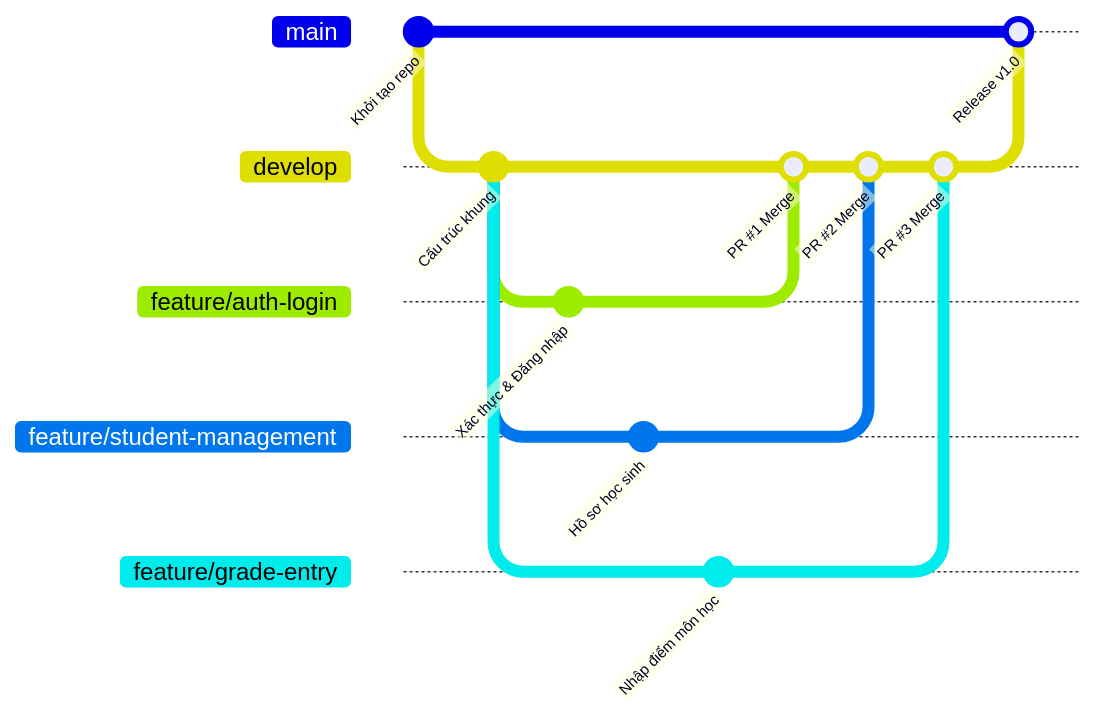
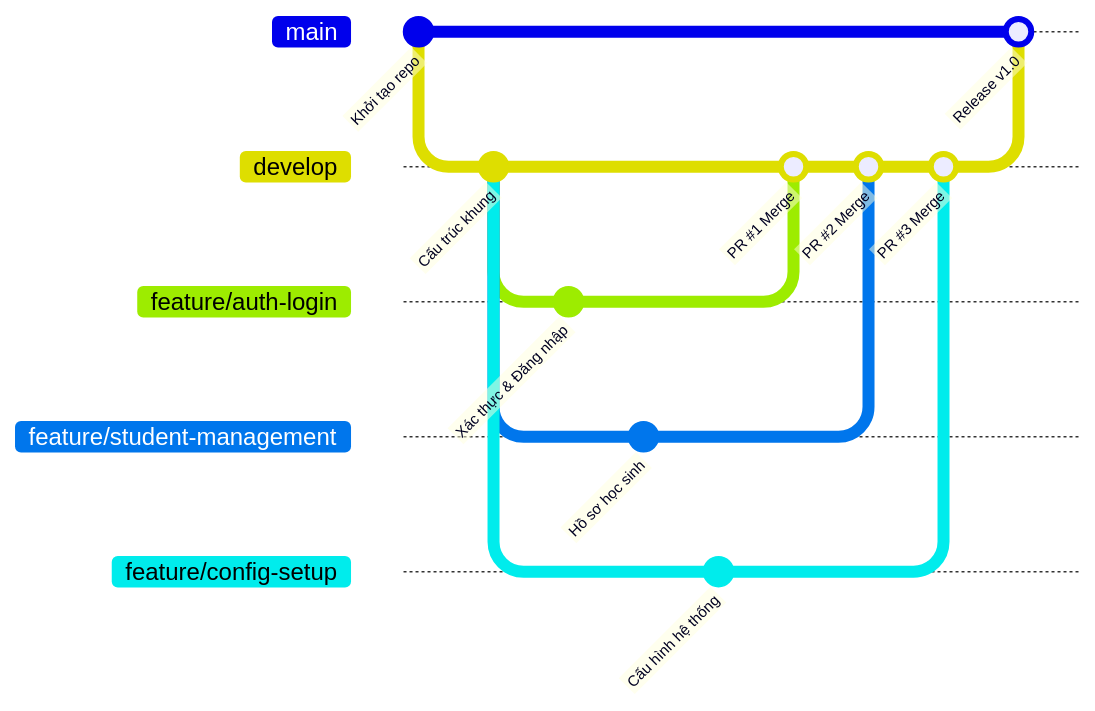
The diagram in README.md (tranngocminhsang232/High-School-Student-Management-System), drawn with Mermaid before and after one commit. The commit also changed other lines of this file and 1 other file, not shown here.

Commit message:
Update README with feature/config-setup and remove GradeEntry

````diff
--- a/README.md
+++ b/README.md
@@ -66,24 +65,24 @@
 ```mermaid
 gitGraph
    commit id: "Khởi tạo repo"
    branch develop
    checkout develop
    commit id: "Cấu trúc khung"
    branch feature/auth-login
    checkout feature/auth-login
    commit id: "Xác thực & Đăng nhập"
    checkout develop
    branch feature/student-management
    checkout feature/student-management
    commit id: "Hồ sơ học sinh"
    checkout develop
-   branch feature/grade-entry
-   checkout feature/grade-entry
-   commit id: "Nhập điểm môn học"
+   branch feature/config-setup
+   checkout feature/config-setup
+   commit id: "Cấu hình hệ thống"
    checkout develop
    merge feature/auth-login id: "PR #1 Merge"
    merge feature/student-management id: "PR #2 Merge"
-   merge feature/grade-entry id: "PR #3 Merge"
+   merge feature/config-setup id: "PR #3 Merge"
    checkout main
    merge develop id: "Release v1.0"
 ```
````
